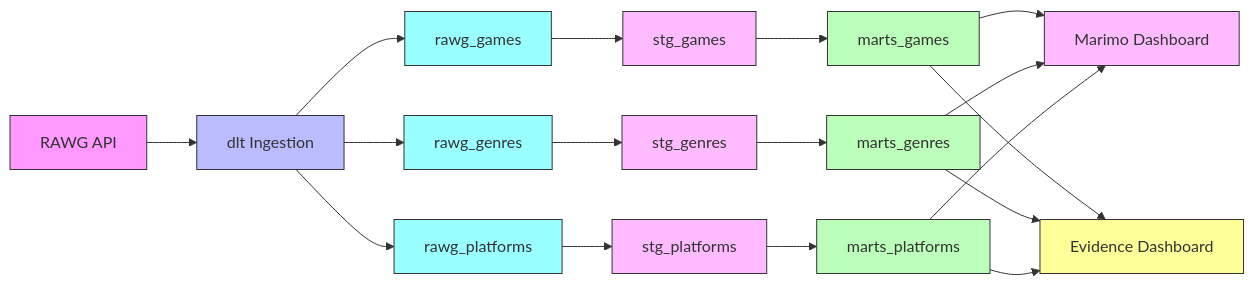
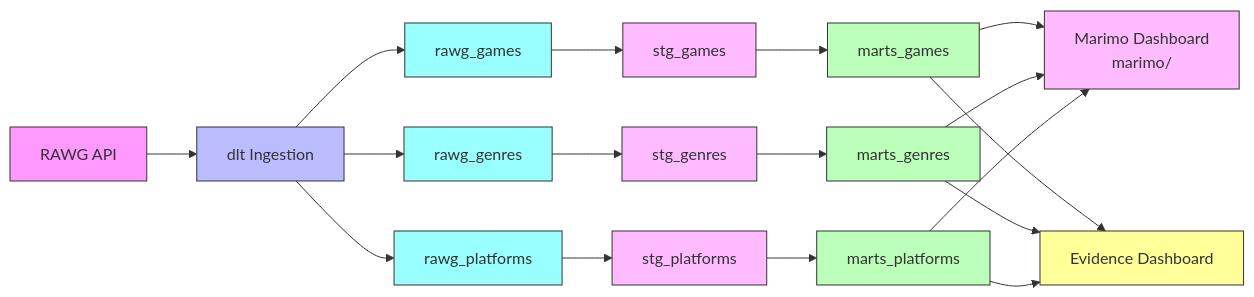
Before and after one commit to mohamed-boughattas/gaming-analytics-pipeline: the first of 2 diagrams in docs/data-flow.md, drawn with Mermaid. The commit also changed other lines of this file and 2 other files, not shown here.

Commit message:
docs: update data flow and ADR documentation

````diff
--- a/docs/data-flow.md
+++ b/docs/data-flow.md
@@ -7,36 +7,36 @@
 ```mermaid
 graph LR
     A[RAWG API] --> B[dlt Ingestion]
     B --> C[rawg_games]
     B --> D[rawg_genres]
     B --> E[rawg_platforms]
 
     C --> F[stg_games]
     D --> G[stg_genres]
     E --> H[stg_platforms]
 
     F --> I[marts_games]
     G --> J[marts_genres]
     H --> K[marts_platforms]
 
-    I --> L[Marimo Dashboard]
+    I --> L[Marimo Dashboard<br/>marimo/]
     I --> M[Evidence Dashboard]
     J --> L
     J --> M
     K --> L
     K --> M
 
     style A fill:#f9f,stroke:#333
     style B fill:#bbf,stroke:#333
     style C fill:#9ff,stroke:#333
     style D fill:#9ff,stroke:#333
     style E fill:#9ff,stroke:#333
     style F fill:#fbf,stroke:#333
     style G fill:#fbf,stroke:#333
     style H fill:#fbf,stroke:#333
     style I fill:#bfb,stroke:#333
     style J fill:#bfb,stroke:#333
     style K fill:#bfb,stroke:#333
     style L fill:#fbf,stroke:#333
     style M fill:#ff9,stroke:#333
 ```
````
